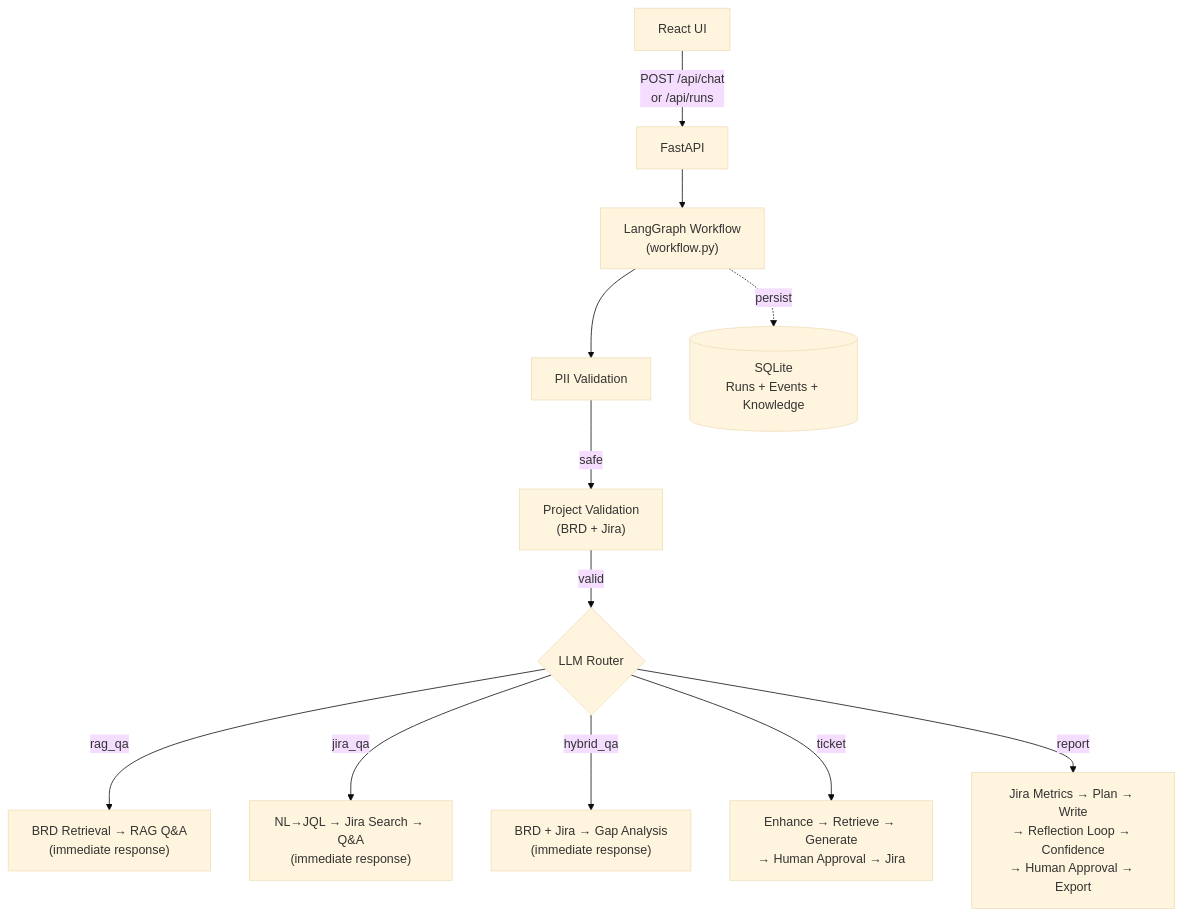
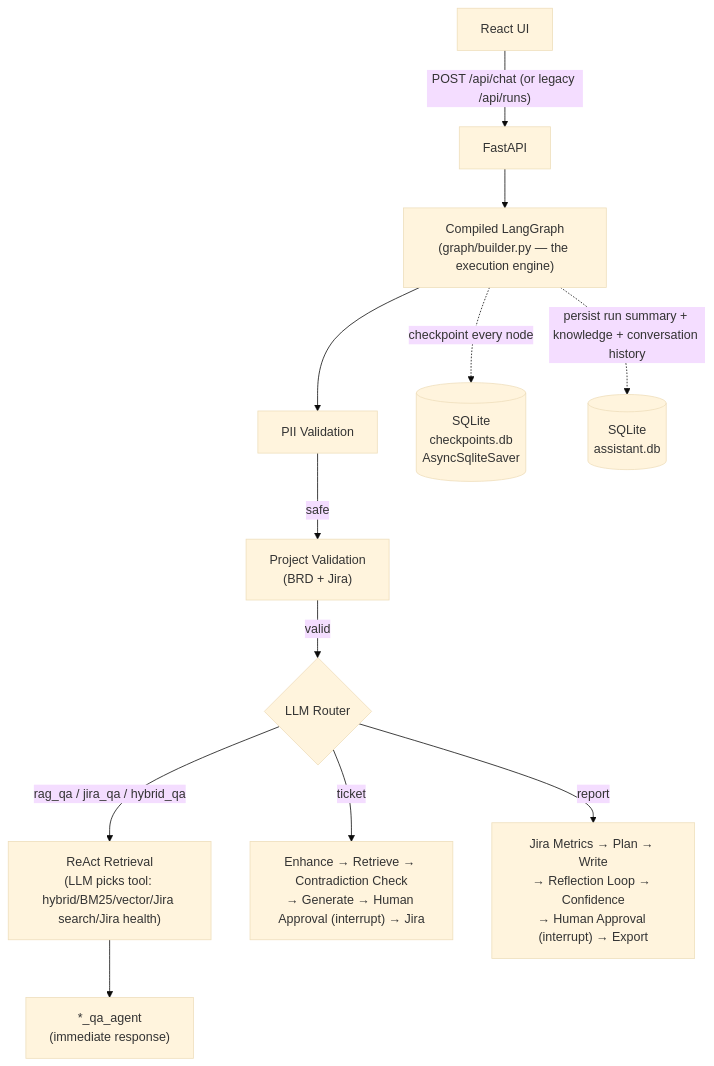
One commit to amit2440/jira-ai-agent changed the diagram in docs/HLD.md. Above: the diagram before and after it, drawn with Mermaid (base theme). The commit also changed other lines of this file and 31 other files, not shown here.

Commit message:
fix: Docs & Diagrams

````diff
--- a/docs/HLD.md
+++ b/docs/HLD.md
@@ -11,18 +11,18 @@
 ```mermaid
 flowchart TD
-    C["React UI"] -->|"POST /api/chat\nor /api/runs"| API["FastAPI"]
-    API --> O["LangGraph Workflow\n(workflow.py)"]
+    C["React UI"] -->|"POST /api/chat (or legacy /api/runs)"| API["FastAPI"]
+    API --> O["Compiled LangGraph\n(graph/builder.py — the execution engine)"]
 
     O --> PII["PII Validation"]
     PII -->|safe| PV["Project Validation\n(BRD + Jira)"]
     PV -->|valid| R{"LLM Router"}
 
-    R -->|rag_qa| QA1["BRD Retrieval → RAG Q&A\n(immediate response)"]
-    R -->|jira_qa| QA2["NL→JQL → Jira Search → Q&A\n(immediate response)"]
-    R -->|hybrid_qa| QA3["BRD + Jira → Gap Analysis\n(immediate response)"]
+    R -->|"rag_qa / jira_qa / hybrid_qa"| RR["ReAct Retrieval\n(LLM picks tool: hybrid/BM25/vector/Jira search/Jira health)"]
+    RR --> QA["*_qa_agent\n(immediate response)"]
 
-    R -->|ticket| T["Enhance → Retrieve → Generate\n→ Human Approval → Jira"]
-    R -->|report| RP["Jira Metrics → Plan → Write\n→ Reflection Loop → Confidence\n→ Human Approval → Export"]
+    R -->|ticket| T["Enhance → Retrieve → Contradiction Check\n→ Generate → Human Approval (interrupt) → Jira"]
+    R -->|report| RP["Jira Metrics → Plan → Write\n→ Reflection Loop → Confidence\n→ Human Approval (interrupt) → Export"]
 
-    O -.->|"persist"| S[("SQLite\nRuns + Events + Knowledge")]
+    O -.->|"checkpoint every node"| CKPT[("SQLite\ncheckpoints.db\nAsyncSqliteSaver")]
+    O -.->|"persist run summary + knowledge + conversation history"| S[("SQLite\nassistant.db")]
 ```
````
